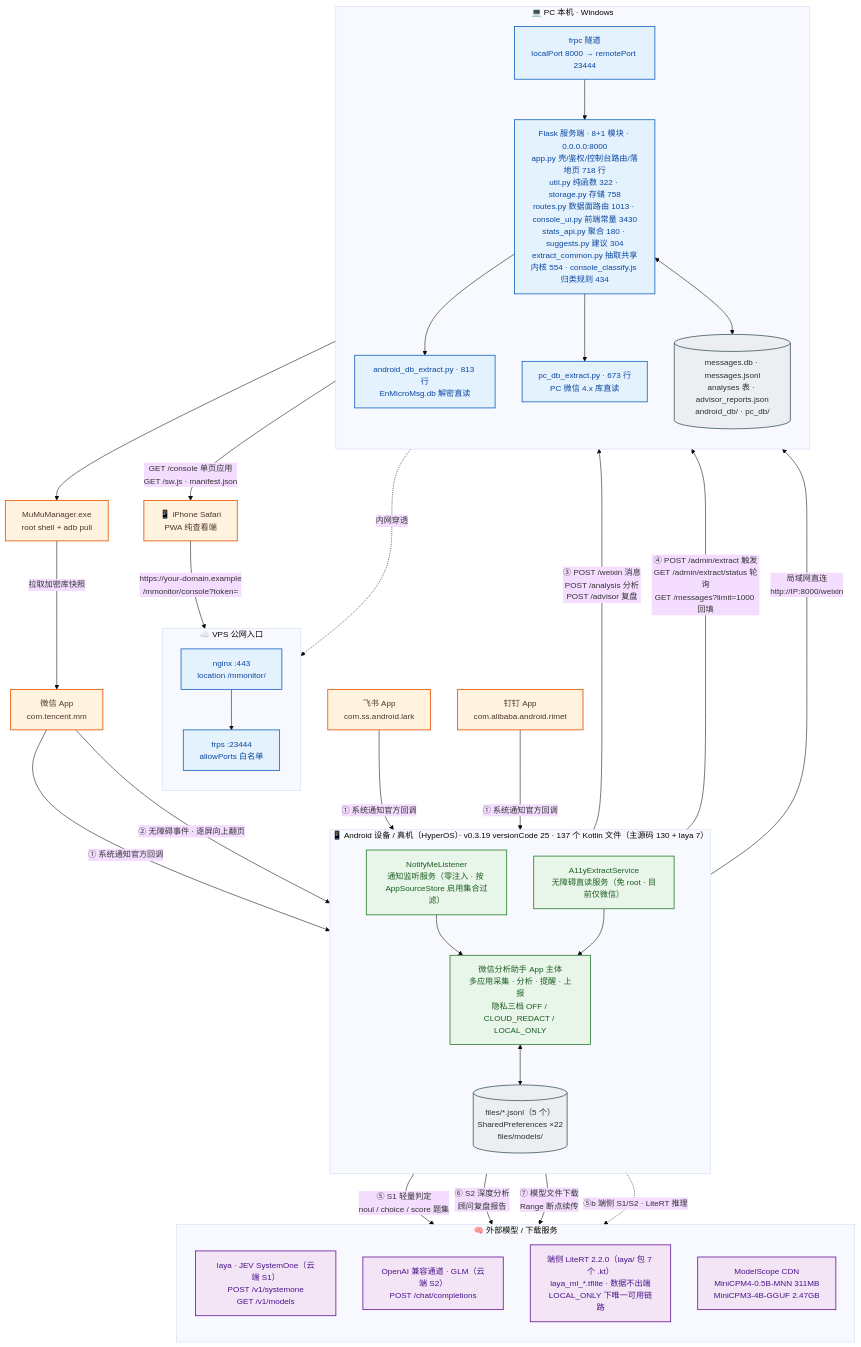
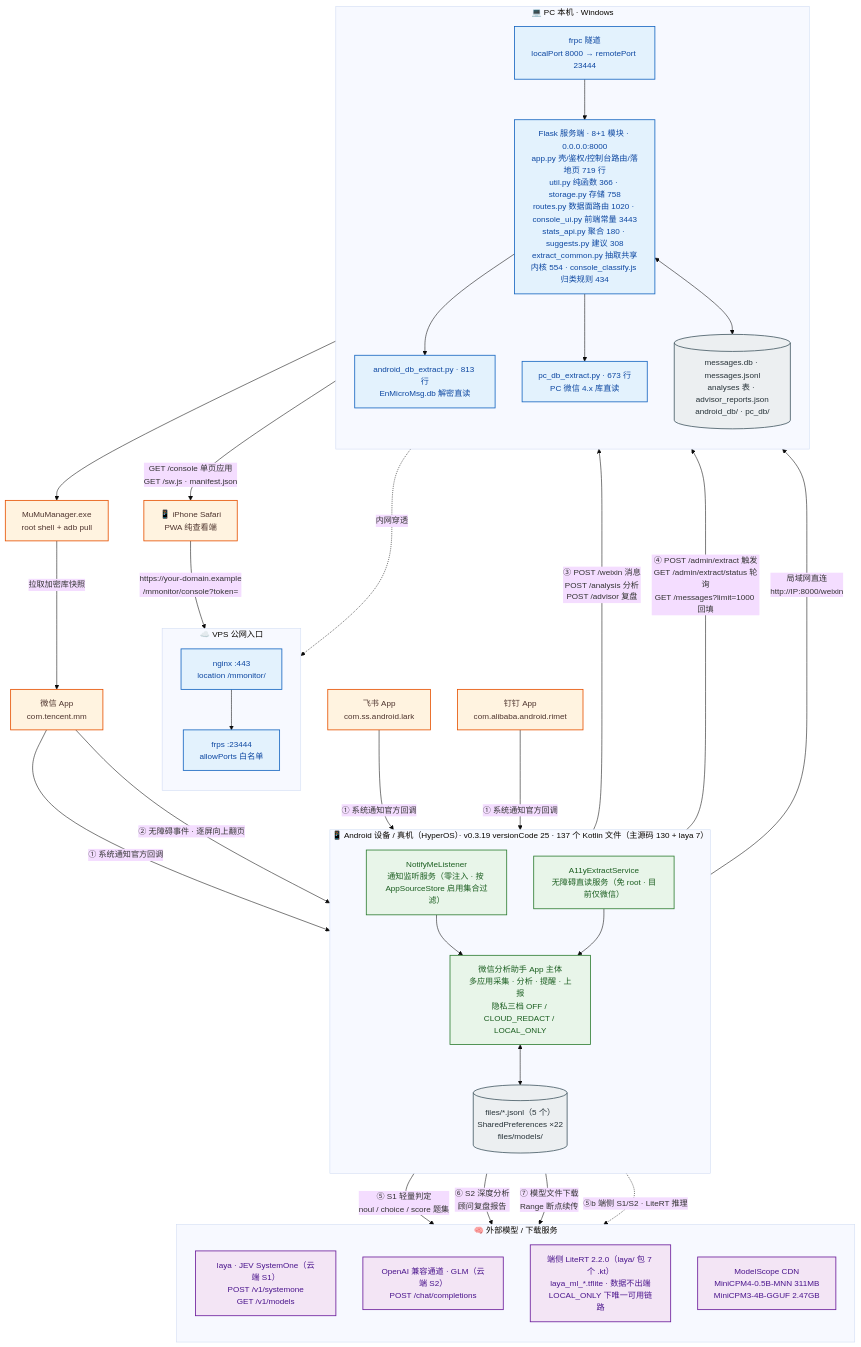
The diagram in docs/architecture/diagrams/01-system-context.mmd (solidjoker/notifyme), drawn with Mermaid before and after one commit. The commit also changed 18 other files, not shown here.

```diff
--- a/docs/architecture/diagrams/01-system-context.mmd
+++ b/docs/architecture/diagrams/01-system-context.mmd
@@ -1,70 +1,70 @@
 %%{init: {'theme':'base','themeVariables':{'fontSize':'15px','fontFamily':'Microsoft YaHei, PingFang SC, sans-serif'},'flowchart':{'htmlLabels':true,'curve':'basis'}}}%%
 flowchart TB
     classDef ext  fill:#fff3e0,stroke:#e65100,stroke-width:1.5px,color:#4e342e
     classDef app  fill:#e8f5e9,stroke:#2e7d32,stroke-width:1.5px,color:#1b5e20
     classDef srv  fill:#e3f2fd,stroke:#1565c0,stroke-width:1.5px,color:#0d47a1
     classDef llm  fill:#f3e5f5,stroke:#6a1b9a,stroke-width:1.5px,color:#4a148c
     classDef store fill:#eceff1,stroke:#455a64,stroke-width:1.5px,color:#263238
 
     WX["微信 App<br/>com.tencent.mm"]:::ext
     FS["飞书 App<br/>com.ss.android.lark"]:::ext
     DT["钉钉 App<br/>com.alibaba.android.rimet"]:::ext
 
     subgraph DEV["📱 Android 设备 / 真机（HyperOS）· v0.3.19 versionCode 25 · 137 个 Kotlin 文件（主源码 130 + laya 7）"]
         direction TB
         NL["NotifyMeListener<br/>通知监听服务（零注入 · 按 AppSourceStore 启用集合过滤）"]:::app
         A11Y["A11yExtractService<br/>无障碍直读服务（免 root · 目前仅微信）"]:::app
         CORE["微信分析助手 App 主体<br/>多应用采集 · 分析 · 提醒 · 上报<br/>隐私三档 OFF / CLOUD_REDACT / LOCAL_ONLY"]:::app
         STORE[("files/*.jsonl（5 个）<br/>SharedPreferences ×22<br/>files/models/")]:::store
         NL --> CORE
         A11Y --> CORE
         CORE <--> STORE
     end
 
     subgraph HOST["💻 PC 本机 · Windows"]
         direction TB
-        FLASK["Flask 服务端 · 8+1 模块 · 0.0.0.0:8000<br/>app.py 壳/鉴权/控制台路由/落地页 718 行<br/>util.py 纯函数 322 · storage.py 存储 758<br/>routes.py 数据面路由 1013 · console_ui.py 前端常量 3430<br/>stats_api.py 聚合 180 · suggests.py 建议 304<br/>extract_common.py 抽取共享内核 554 · console_classify.js 归类规则 434"]:::srv
+        FLASK["Flask 服务端 · 8+1 模块 · 0.0.0.0:8000<br/>app.py 壳/鉴权/控制台路由/落地页 719 行<br/>util.py 纯函数 366 · storage.py 存储 758<br/>routes.py 数据面路由 1020 · console_ui.py 前端常量 3443<br/>stats_api.py 聚合 180 · suggests.py 建议 308<br/>extract_common.py 抽取共享内核 554 · console_classify.js 归类规则 434"]:::srv
         ADBEX["android_db_extract.py · 813 行<br/>EnMicroMsg.db 解密直读"]:::srv
         PCEX["pc_db_extract.py · 673 行<br/>PC 微信 4.x 库直读"]:::srv
         DB[("messages.db · messages.jsonl<br/>analyses 表 · advisor_reports.json<br/>android_db/ · pc_db/")]:::store
         FRPC["frpc 隧道<br/>localPort 8000 → remotePort 23444"]:::srv
         FLASK --> ADBEX
         FLASK --> PCEX
         FLASK <--> DB
         FRPC --> FLASK
     end
 
     subgraph VPS["☁️ VPS 公网入口"]
         direction TB
         NGINX["nginx :443<br/>location /mmonitor/"]:::srv
         FRPS["frps :23444<br/>allowPorts 白名单"]:::srv
         NGINX --> FRPS
     end
 
     subgraph AI["🧠 外部模型 / 下载服务"]
         direction TB
         LAYA["laya · JEV SystemOne（云端 S1）<br/>POST /v1/systemone<br/>GET /v1/models"]:::llm
         GLM["OpenAI 兼容通道 · GLM（云端 S2）<br/>POST /chat/completions"]:::llm
         LITE["端侧 LiteRT 2.2.0（laya/ 包 7 个 .kt）<br/>laya_ml_*.tflite · 数据不出端<br/>LOCAL_ONLY 下唯一可用链路"]:::llm
         MS["ModelScope CDN<br/>MiniCPM4-0.5B-MNN 311MB<br/>MiniCPM3-4B-GGUF 2.47GB"]:::llm
     end
 
     MUMU["MuMuManager.exe<br/>root shell + adb pull"]:::ext
     IPHONE["📱 iPhone Safari<br/>PWA 纯查看端"]:::ext
 
     WX -->|"① 系统通知官方回调"| NL
     FS -->|"① 系统通知官方回调"| NL
     DT -->|"① 系统通知官方回调"| NL
     WX -->|"② 无障碍事件 · 逐屏向上翻页"| A11Y
     CORE -->|"③ POST /weixin 消息<br/>POST /analysis 分析<br/>POST /advisor 复盘"| FLASK
     CORE -->|"④ POST /admin/extract 触发<br/>GET /admin/extract/status 轮询<br/>GET /messages?limit=1000 回填"| FLASK
     CORE -->|"⑤ S1 轻量判定<br/>noul / choice / score 题集"| LAYA
     CORE -->|"⑥ S2 深度分析<br/>顾问复盘报告"| GLM
     CORE -->|"⑦ 模型文件下载<br/>Range 断点续传"| MS
     CORE -.->|"⑤b 端侧 S1/S2 · LiteRT 推理"| LITE
     ADBEX --> MUMU
     MUMU -->|"拉取加密库快照"| WX
     CORE -->|"局域网直连<br/>http://IP:8000/weixin"| FLASK
     FRPC -.->|"内网穿透"| FRPS
     IPHONE -->|"https://your-domain.example<br/>/mmonitor/console?token="| NGINX
     FLASK -->|"GET /console 单页应用<br/>GET /sw.js · manifest.json"| IPHONE
```
